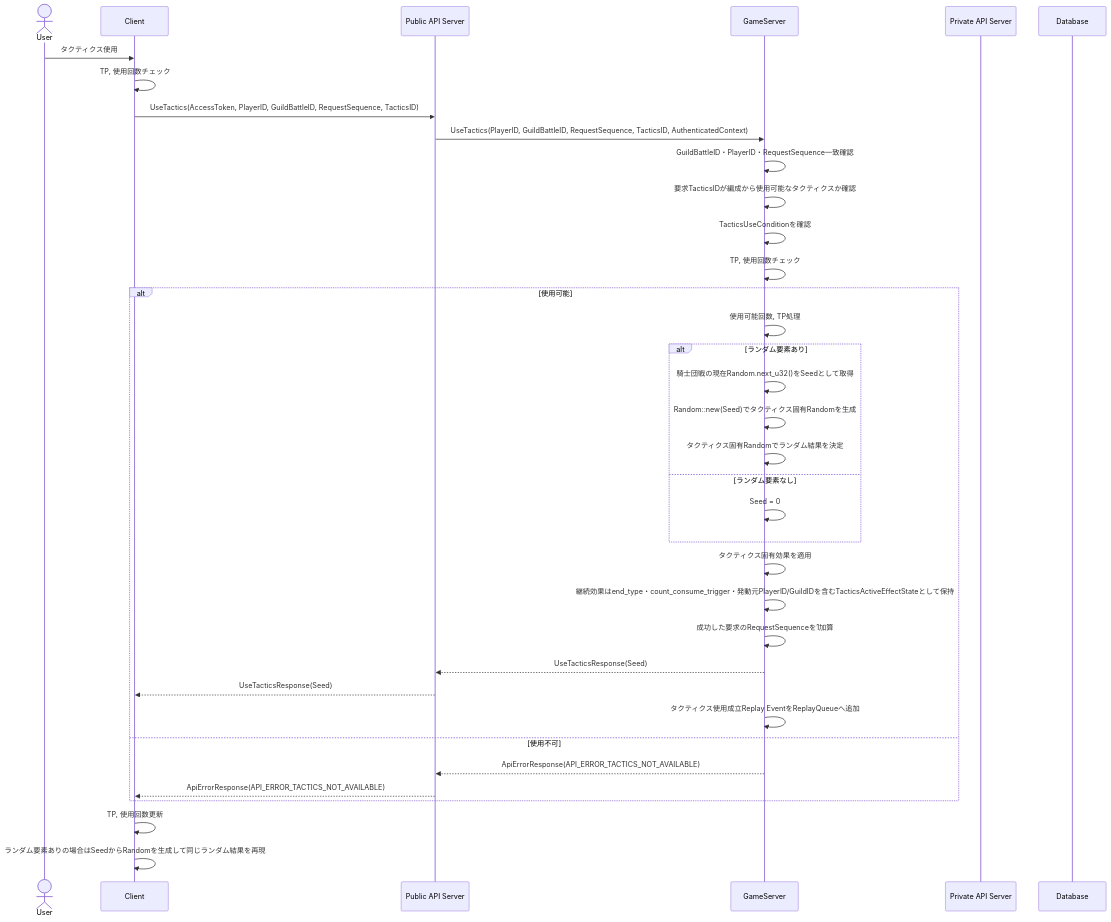
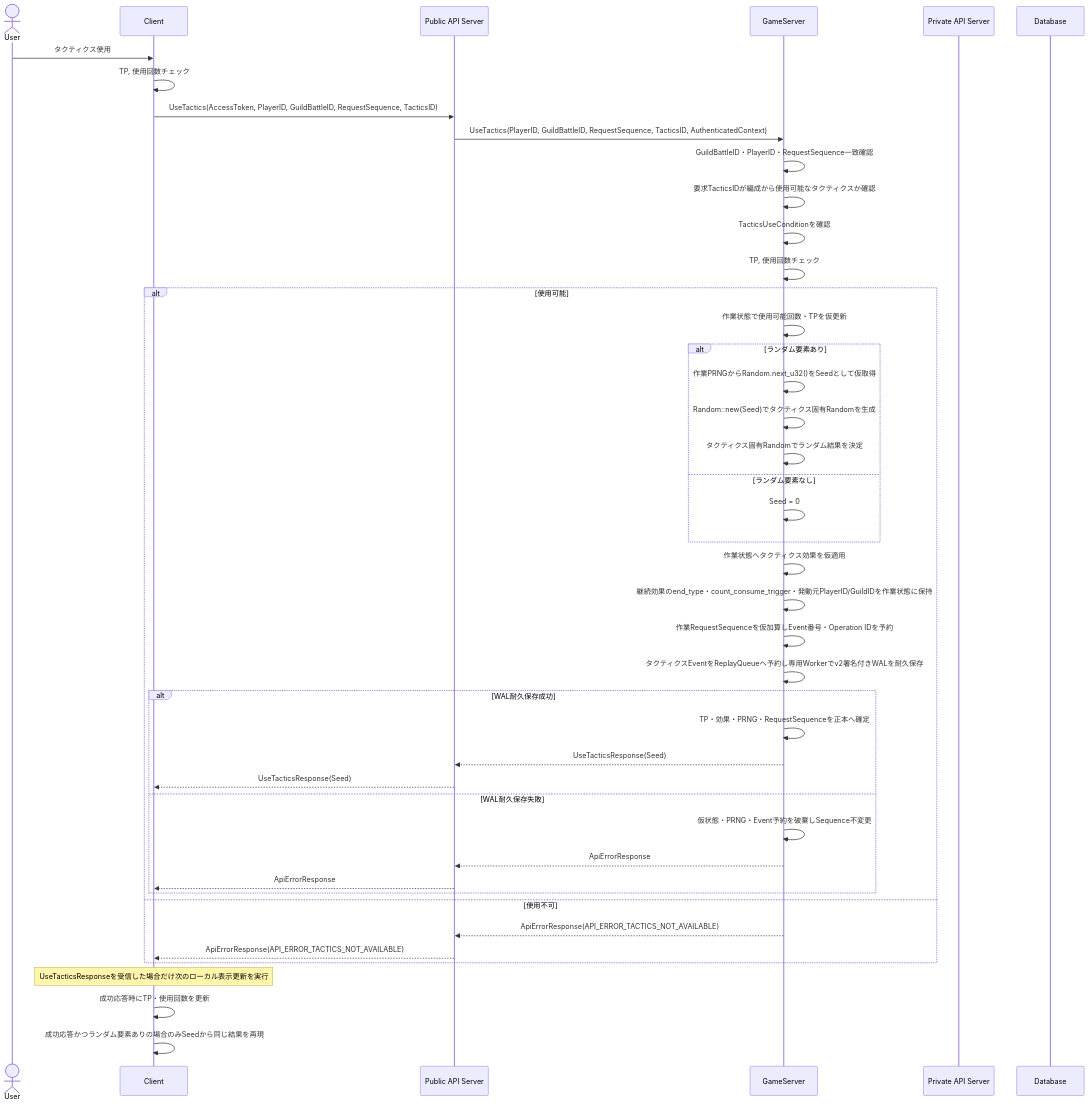
Before and after one commit to ReHydrangeaOdyssey/Specifications: the sixth of 14 diagrams in design/server/guild_battle.md, drawn with Mermaid. The commit also changed other lines of this file and 8 other files, not shown here.

````diff
--- a/design/server/guild_battle.md
+++ b/design/server/guild_battle.md
@@ -357,43 +384,50 @@
 ``` mermaid
 sequenceDiagram
     actor User
     participant Client
     participant PublicAPIServer as Public API Server
     participant GameServer
     participant PrivateAPIServer as Private API Server
     participant Database
 
     User->>Client: タクティクス使用
     Client->>Client: TP, 使用回数チェック
     Client->>PublicAPIServer: UseTactics(AccessToken, PlayerID, GuildBattleID, RequestSequence, TacticsID)
     PublicAPIServer->>GameServer: UseTactics(PlayerID, GuildBattleID, RequestSequence, TacticsID, AuthenticatedContext)
 
     GameServer->>GameServer: GuildBattleID・PlayerID・RequestSequence一致確認
     GameServer->>GameServer: 要求TacticsIDが編成から使用可能なタクティクスか確認
     GameServer->>GameServer: TacticsUseConditionを確認
     GameServer->>GameServer: TP, 使用回数チェック
 
     alt 使用可能
-        GameServer->>GameServer: 使用可能回数, TP処理
+        GameServer->>GameServer: 作業状態で使用可能回数・TPを仮更新
         alt ランダム要素あり
-            GameServer->>GameServer: 騎士団戦の現在Random.next_u32()をSeedとして取得
+            GameServer->>GameServer: 作業PRNGからRandom.next_u32()をSeedとして仮取得
             GameServer->>GameServer: Random::new(Seed)でタクティクス固有Randomを生成
             GameServer->>GameServer: タクティクス固有Randomでランダム結果を決定
         else ランダム要素なし
             GameServer->>GameServer: Seed = 0
         end
-        GameServer->>GameServer: タクティクス固有効果を適用
-        GameServer->>GameServer: 継続効果はend_type・count_consume_trigger・発動元PlayerID/GuildIDを含むTacticsActiveEffectStateとして保持
-        GameServer->>GameServer: 成功した要求のRequestSequenceを1加算
-        GameServer-->>PublicAPIServer: UseTacticsResponse(Seed)
-        PublicAPIServer-->>Client: UseTacticsResponse(Seed)
-
-        GameServer ->> GameServer: タクティクス使用成立Replay EventをReplayQueueへ追加
+        GameServer->>GameServer: 作業状態へタクティクス効果を仮適用
+        GameServer->>GameServer: 継続効果のend_type・count_consume_trigger・発動元PlayerID/GuildIDを作業状態に保持
+        GameServer->>GameServer: 作業RequestSequenceを仮加算しEvent番号・Operation IDを予約
+        GameServer->>GameServer: タクティクスEventをReplayQueueへ予約し専用Workerでv2署名付きWALを耐久保存
+        alt WAL耐久保存成功
+            GameServer->>GameServer: TP・効果・PRNG・RequestSequenceを正本へ確定
+            GameServer-->>PublicAPIServer: UseTacticsResponse(Seed)
+            PublicAPIServer-->>Client: UseTacticsResponse(Seed)
+        else WAL耐久保存失敗
+            GameServer->>GameServer: 仮状態・PRNG・Event予約を破棄しSequence不変更
+            GameServer-->>PublicAPIServer: ApiErrorResponse
+            PublicAPIServer-->>Client: ApiErrorResponse
+        end
     else 使用不可
         GameServer-->>PublicAPIServer: ApiErrorResponse(API_ERROR_TACTICS_NOT_AVAILABLE)
         PublicAPIServer-->>Client: ApiErrorResponse(API_ERROR_TACTICS_NOT_AVAILABLE)
     end
     
-    Client->>Client: TP, 使用回数更新
-    Client->>Client: ランダム要素ありの場合はSeedからRandomを生成して同じランダム結果を再現
+    Note over Client: UseTacticsResponseを受信した場合だけ次のローカル表示更新を実行
+    Client->>Client: 成功応答時にTP・使用回数を更新
+    Client->>Client: 成功応答かつランダム要素ありの場合のみSeedから同じ結果を再現
 ```
````
